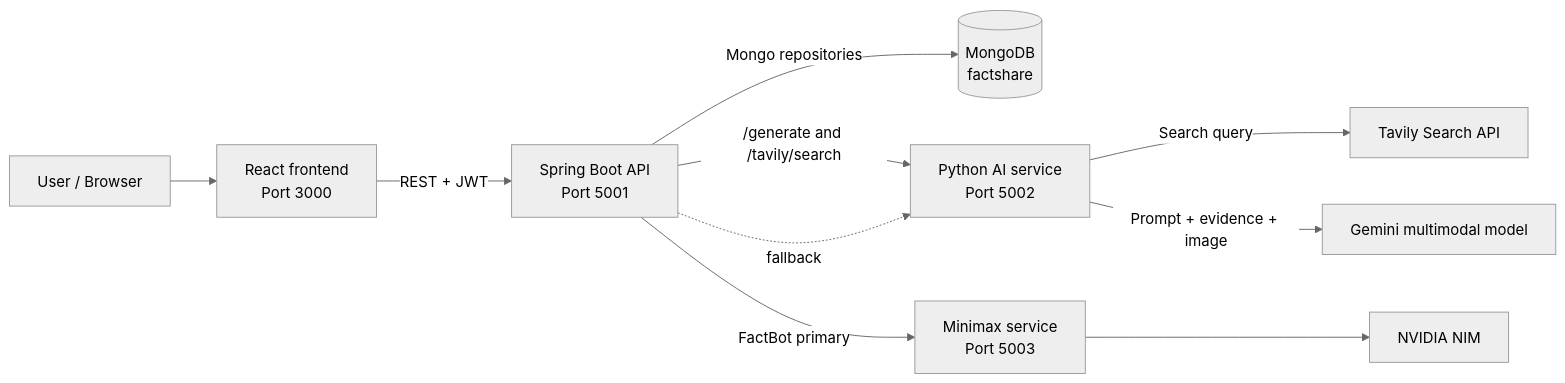
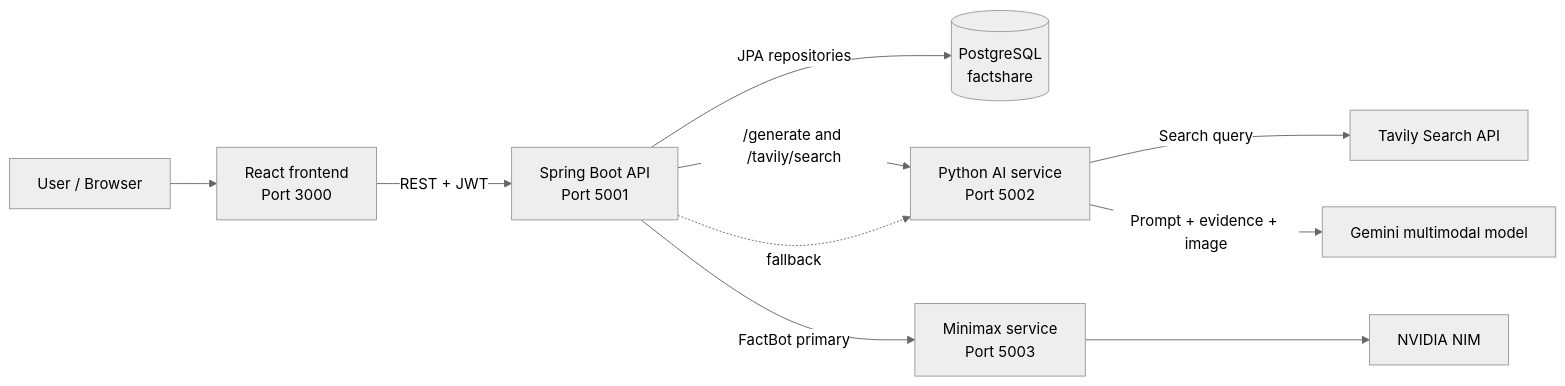
The first of 4 diagrams in README.md (Mohit-R-04/FactShare), drawn with Mermaid (neutral theme) before and after one commit. The commit also changed other lines of this file and 24 other files, not shown here.

````diff
--- a/README.md
+++ b/README.md
@@ -132,12 +132,12 @@
 ```mermaid
 flowchart LR
     U[User / Browser] --> F[React frontend\nPort 3000]
     F -->|REST + JWT| B[Spring Boot API\nPort 5001]
-    B -->|Mongo repositories| M[(MongoDB\nfactshare)]
+    B -->|JPA repositories| P[(PostgreSQL\nfactshare)]
     B -->|/generate and /tavily/search| A[Python AI service\nPort 5002]
     A -->|Search query| T[Tavily Search API]
     A -->|Prompt + evidence + image| G[Gemini multimodal model]
     B -->|FactBot primary| N[Minimax service\nPort 5003]
     N --> NV[NVIDIA NIM]
     B -. fallback .-> A
 ```
````
